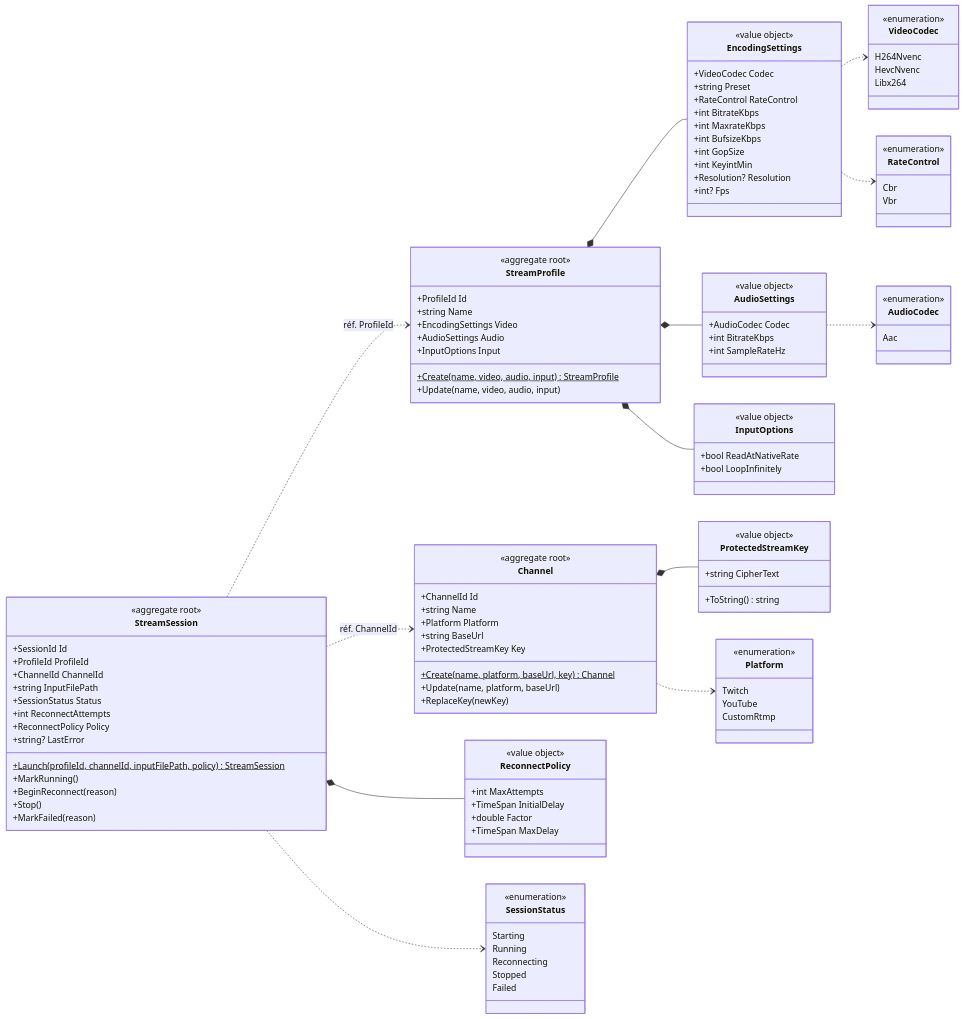
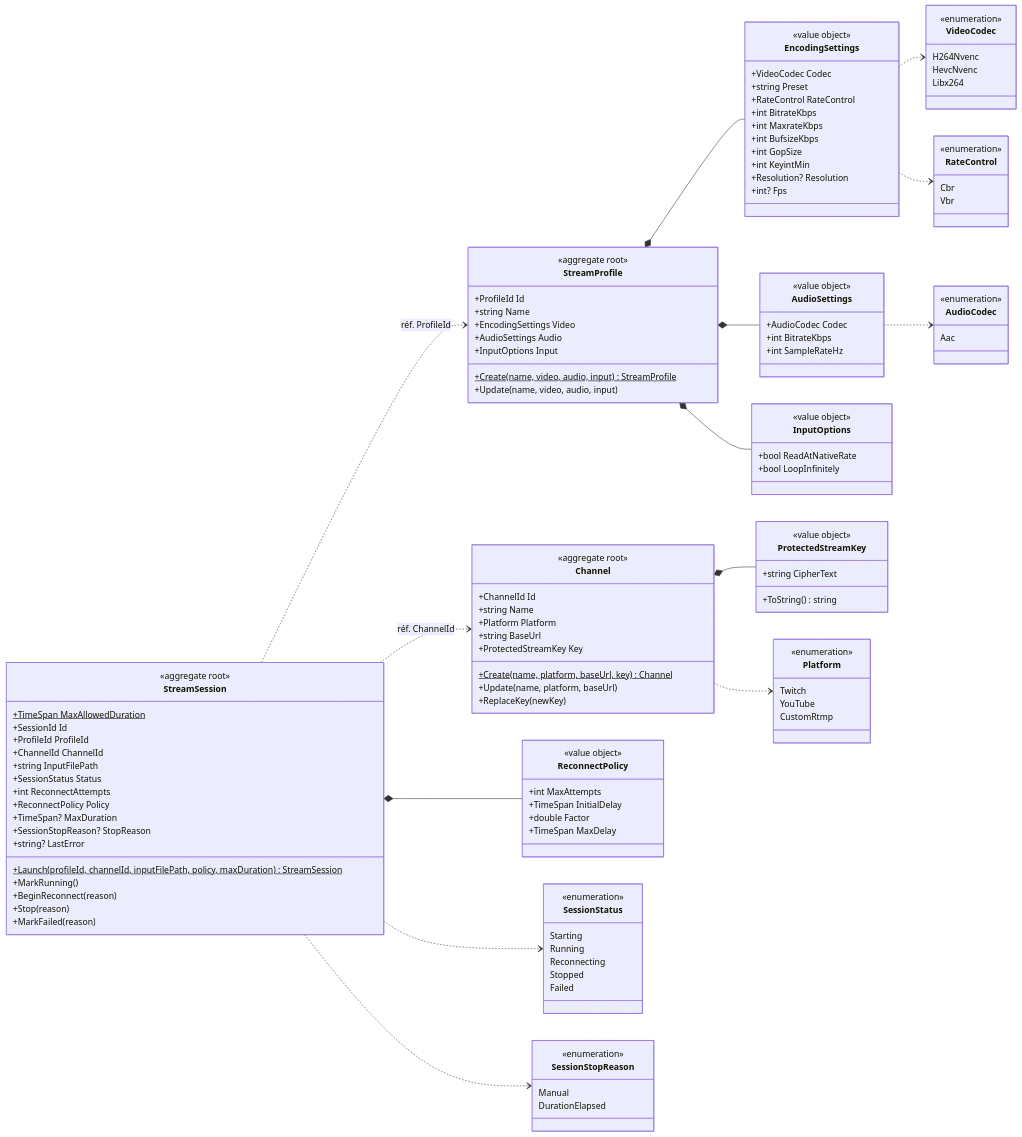
One commit to oliver254/Nagare changed the first of 4 diagrams in docs/domain-model.md. Above: the diagram before and after it, drawn with Mermaid. The commit also changed other lines of this file and 18 other files, not shown here.

````diff
--- a/docs/domain-model.md
+++ b/docs/domain-model.md
@@ -63,6 +64,7 @@
 
     class StreamSession {
         <<aggregate root>>
+        +TimeSpan MaxAllowedDuration$
         +SessionId Id
         +ProfileId ProfileId
         +ChannelId ChannelId
@@ -70,11 +72,13 @@
         +SessionStatus Status
         +int ReconnectAttempts
         +ReconnectPolicy Policy
+        +TimeSpan? MaxDuration
+        +SessionStopReason? StopReason
         +string? LastError
-        +Launch(profileId, channelId, inputFilePath, policy)$ StreamSession
+        +Launch(profileId, channelId, inputFilePath, policy, maxDuration)$ StreamSession
         +MarkRunning()
         +BeginReconnect(reason)
-        +Stop()
+        +Stop(reason)
         +MarkFailed(reason)
     }
     class ReconnectPolicy {
@@ -98,6 +102,11 @@
         Reconnecting
         Stopped
         Failed
+    }
+    class SessionStopReason {
+        <<enumeration>>
+        Manual
+        DurationElapsed
     }
     class VideoCodec {
         <<enumeration>>
@@ -127,6 +136,7 @@
 
     StreamSession *-- ReconnectPolicy
     StreamSession ..> SessionStatus
+    StreamSession ..> SessionStopReason
     StreamSession ..> StreamProfile : réf. ProfileId
     StreamSession ..> Channel : réf. ChannelId
 ```
````
